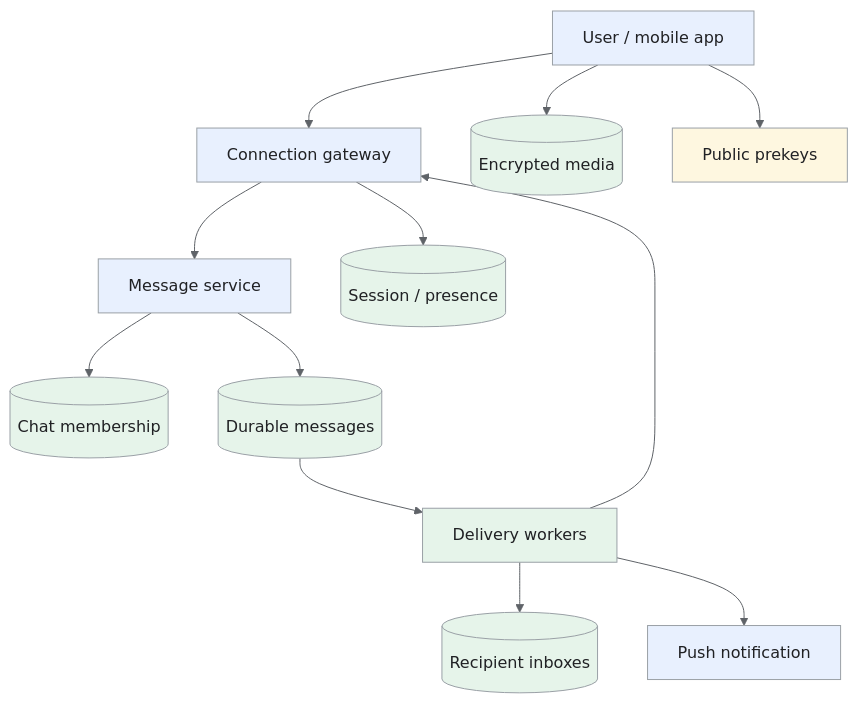
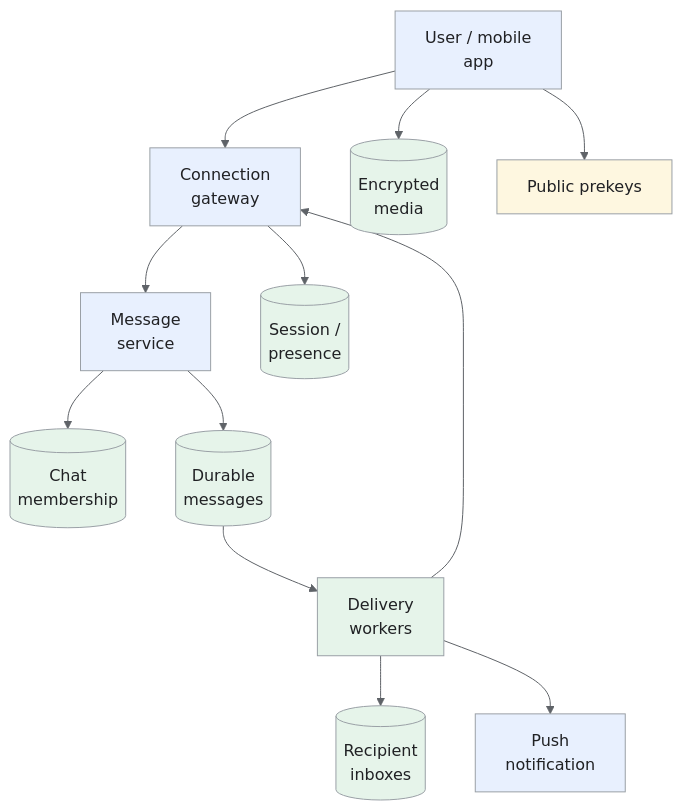
The first of 5 diagrams in _designs/system-design-whatsapp.md (iliazlobin/iliazlobin.github.io), drawn with Mermaid before and after one commit. The commit also changed other lines of this file and 116 other files, not shown here.

````diff
--- a/_designs/system-design-whatsapp.md
+++ b/_designs/system-design-whatsapp.md
@@ -147,22 +149,22 @@
 ```mermaid
-%%{init: {'theme':'base','themeVariables':{'primaryColor':'#e8f0fe','primaryTextColor':'#202124','primaryBorderColor':'#9aa0a6','lineColor':'#5f6368','secondaryColor':'#e6f4ea','tertiaryColor':'#fef7e0','actorBkg':'#e8f0fe','actorBorder':'#9aa0a6','actorTextColor':'#202124','noteBkgColor':'#fef7e0','noteTextColor':'#202124','noteBorderColor':'#9aa0a6','signalColor':'#5f6368','signalTextColor':'#202124','labelBoxBkgColor':'#fef7e0','labelBoxBorderColor':'#9aa0a6'}}}%%
+%%{init: {"theme":"base","themeVariables":{"primaryColor":"#e8f0fe","primaryBorderColor":"#9aa0a6","primaryTextColor":"#202124","secondaryColor":"#e6f4ea","tertiaryColor":"#fef7e0","lineColor":"#5f6368","actorBkg":"#e8f0fe","actorBorder":"#9aa0a6","actorTextColor":"#202124","noteBkgColor":"#fef7e0","noteBorderColor":"#9aa0a6","noteTextColor":"#202124","signalColor":"#5f6368","signalTextColor":"#202124"}}}%%
 flowchart TB
-  U["User / mobile app"] --> G["Connection gateway"]
-  G --> M["Message service"]
-  M --> C[("Chat membership")]
-  M --> D[("Durable messages")]
-  D --> F["Delivery workers"]
+  U["User / mobile<br>app"] --> G["Connection<br>gateway"]
+  G --> M["Message<br>service"]
+  M --> C[("Chat<br>membership")]
+  M --> D[("Durable<br>messages")]
+  D --> F["Delivery<br>workers"]
   F --> G
-  F --> I[("Recipient inboxes")]
-  F --> P["Push notification"]
-  G --> R[("Session / presence")]
-  U --> O[("Encrypted media")]
+  F --> I[("Recipient<br>inboxes")]
+  F --> P["Push<br>notification"]
+  G --> R[("Session /<br>presence")]
+  U --> O[("Encrypted<br>media")]
   U --> K["Public prekeys"]
 classDef request fill:#e8f0fe,stroke:#9aa0a6,color:#202124;
 classDef data fill:#e6f4ea,stroke:#9aa0a6,color:#202124;
 classDef control fill:#fef7e0,stroke:#9aa0a6,color:#202124;
 class U,G,M,P request;
 class C,D,F,I,R,O data;
 class K control;
 
 ```
````
